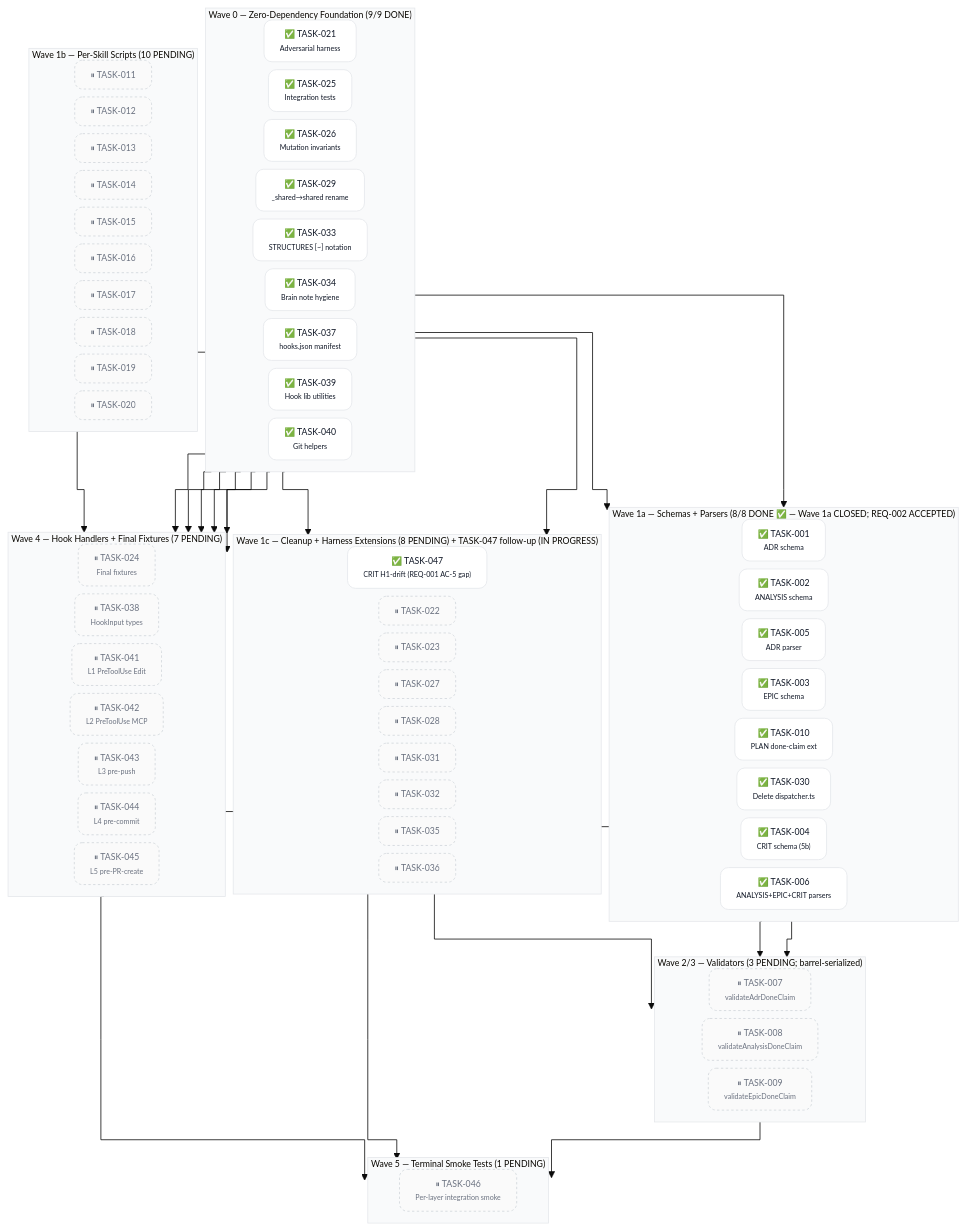
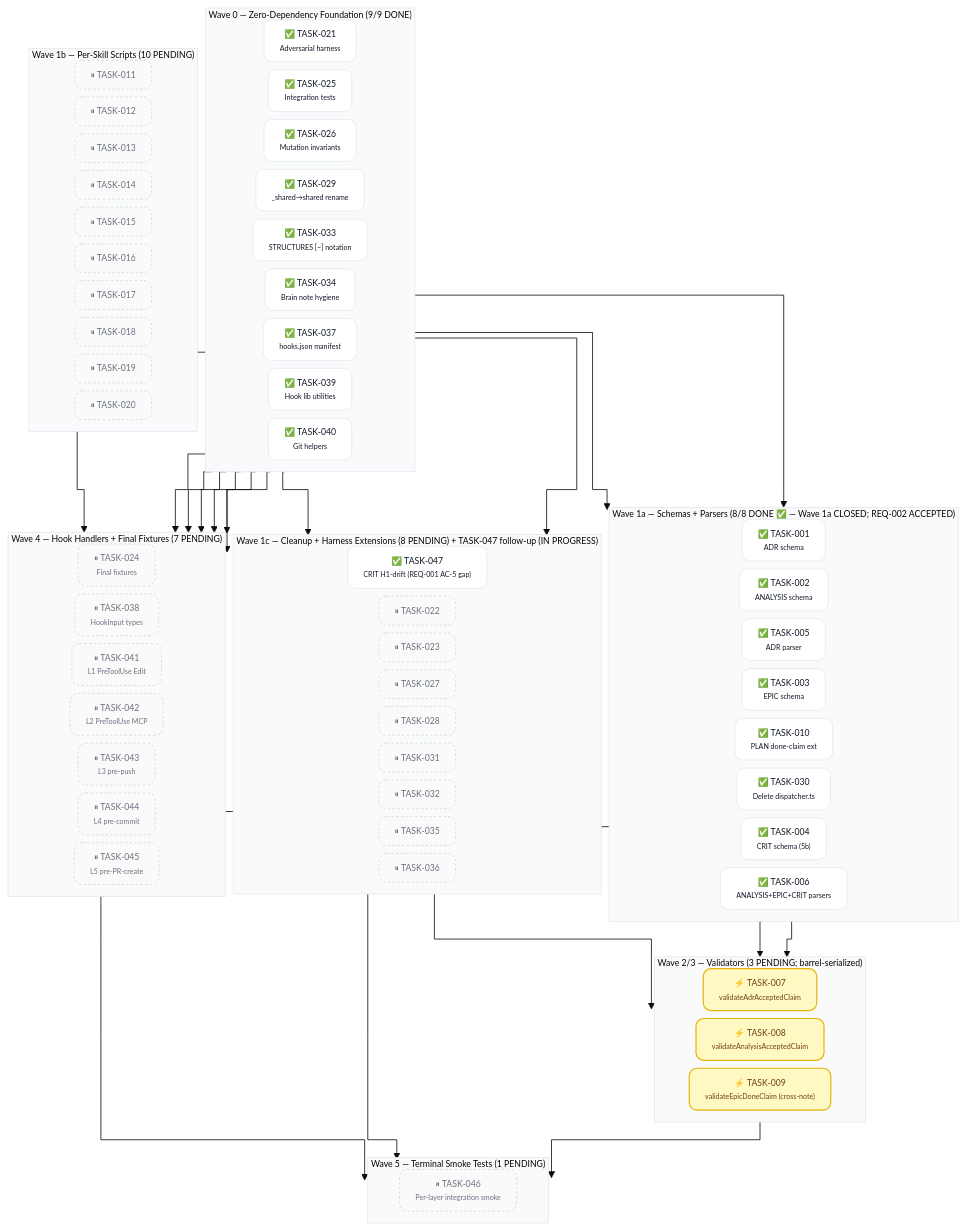
One commit to acmelabs-15/skills changed the second of 2 diagrams in docs/planning/PLAN-001-skills-ecosystem.md. Above: the diagram before and after it, drawn with Mermaid. The commit also changed other lines of this file and 1 other file, not shown here.

````diff
--- a/docs/planning/PLAN-001-skills-ecosystem.md
+++ b/docs/planning/PLAN-001-skills-ecosystem.md
@@ -210,9 +210,9 @@
 
   subgraph W23 ["Wave 2/3 — Validators (3 PENDING; barrel-serialized)"]
     direction LR
-    T007["⏸ TASK-007<br/><span style='font-size:9px'>validateAdrDoneClaim</span>"]
-    T008["⏸ TASK-008<br/><span style='font-size:9px'>validateAnalysisDoneClaim</span>"]
-    T009["⏸ TASK-009<br/><span style='font-size:9px'>validateEpicDoneClaim</span>"]
+    T007["⚡ TASK-007<br/><span style='font-size:9px'>validateAdrAcceptedClaim</span>"]
+    T008["⚡ TASK-008<br/><span style='font-size:9px'>validateAnalysisAcceptedClaim</span>"]
+    T009["⚡ TASK-009<br/><span style='font-size:9px'>validateEpicDoneClaim (cross-note)</span>"]
   end
 
   subgraph W4 ["Wave 4 — Hook Handlers + Final Fixtures (7 PENDING)"]
@@ -255,5 +255,6 @@
 
   class T001,T002,T003,T004,T005,T006,T010,T021,T025,T026,T029,T030,T033,T034,T037,T039,T040 done
   class T047 done
-  class T007,T008,T009,T011,T012,T013,T014,T015,T016,T017,T018,T019,T020,T022,T023,T024,T027,T028,T031,T032,T035,T036,T038,T041,T042,T043,T044,T045,T046 pending
+  class T007,T008,T009 inprogress
+  class T011,T012,T013,T014,T015,T016,T017,T018,T019,T020,T022,T023,T024,T027,T028,T031,T032,T035,T036,T038,T041,T042,T043,T044,T045,T046 pending
 ```
````
